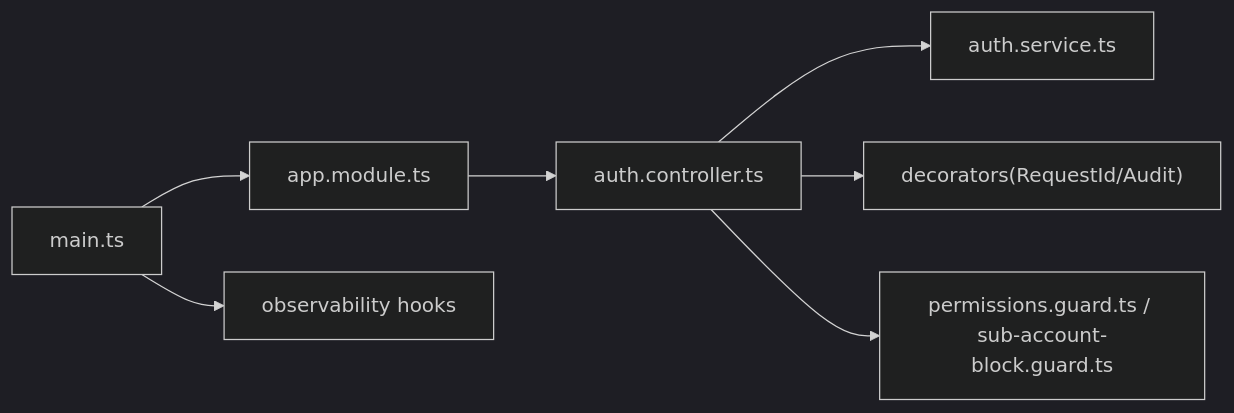
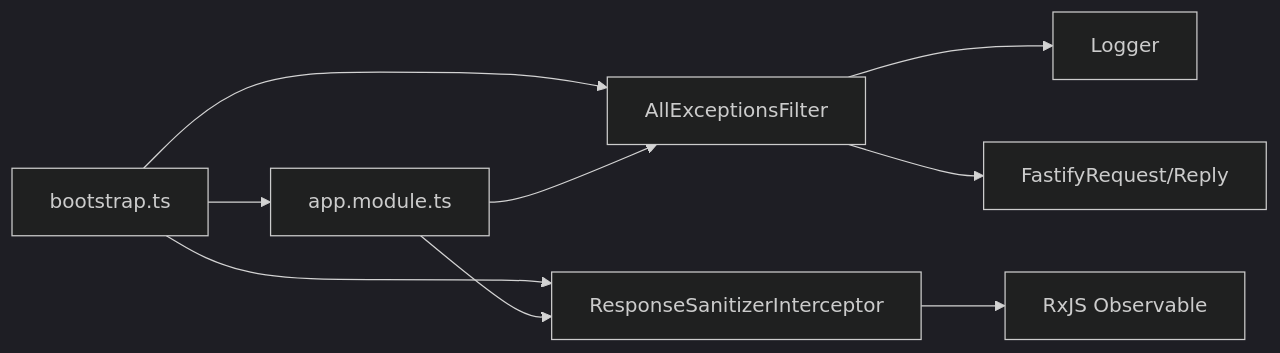
Before and after one commit to rc558620/purelyprofit-server: the fourth of 4 diagrams in .qoder/repowiki/zh/content/开发指南/新模块开发/错误处理模式.md, drawn with Mermaid (dark theme). The commit also changed other lines of this file and 55 other files, not shown here.

````diff
--- a/.qoder/repowiki/zh/content/开发指南/新模块开发/错误处理模式.md
+++ b/.qoder/repowiki/zh/content/开发指南/新模块开发/错误处理模式.md
@@ -195,9 +272,11 @@
 ```mermaid
 graph LR
-M["main.ts"] --> AM["app.module.ts"]
-AM --> AC["auth.controller.ts"]
-AC --> AS["auth.service.ts"]
-AC --> DEC["decorators(RequestId/Audit)"]
-M --> OBS["observability hooks"]
-AC --> GUARD["permissions.guard.ts / sub-account-block.guard.ts"]
+M["bootstrap.ts"] --> AM["app.module.ts"]
+M --> AEF["AllExceptionsFilter"]
+M --> RSI["ResponseSanitizerInterceptor"]
+AM --> AEF
+AM --> RSI
+AEF --> LOG["Logger"]
+AEF --> HTTP["FastifyRequest/Reply"]
+RSI --> RXJS["RxJS Observable"]
 ```
````
